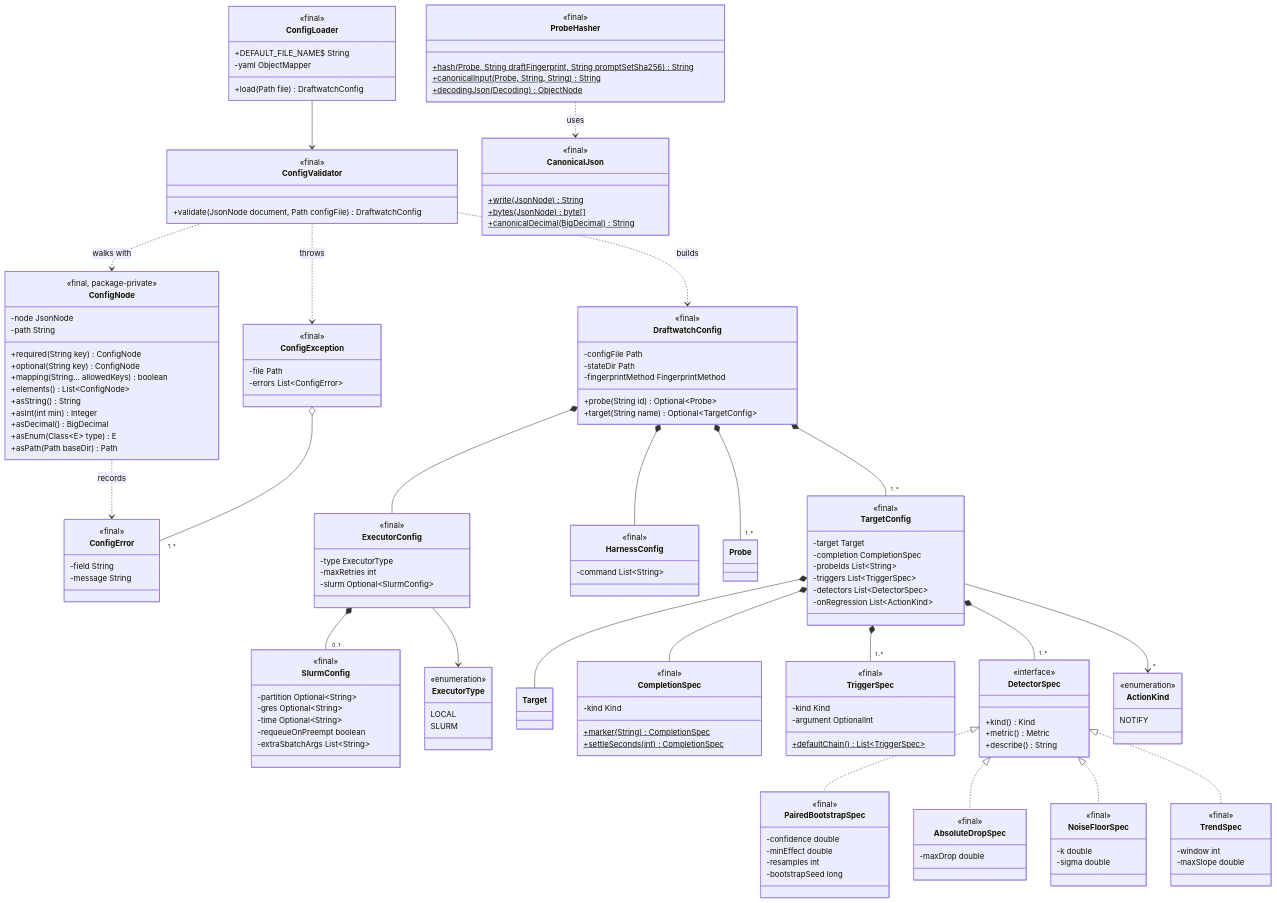
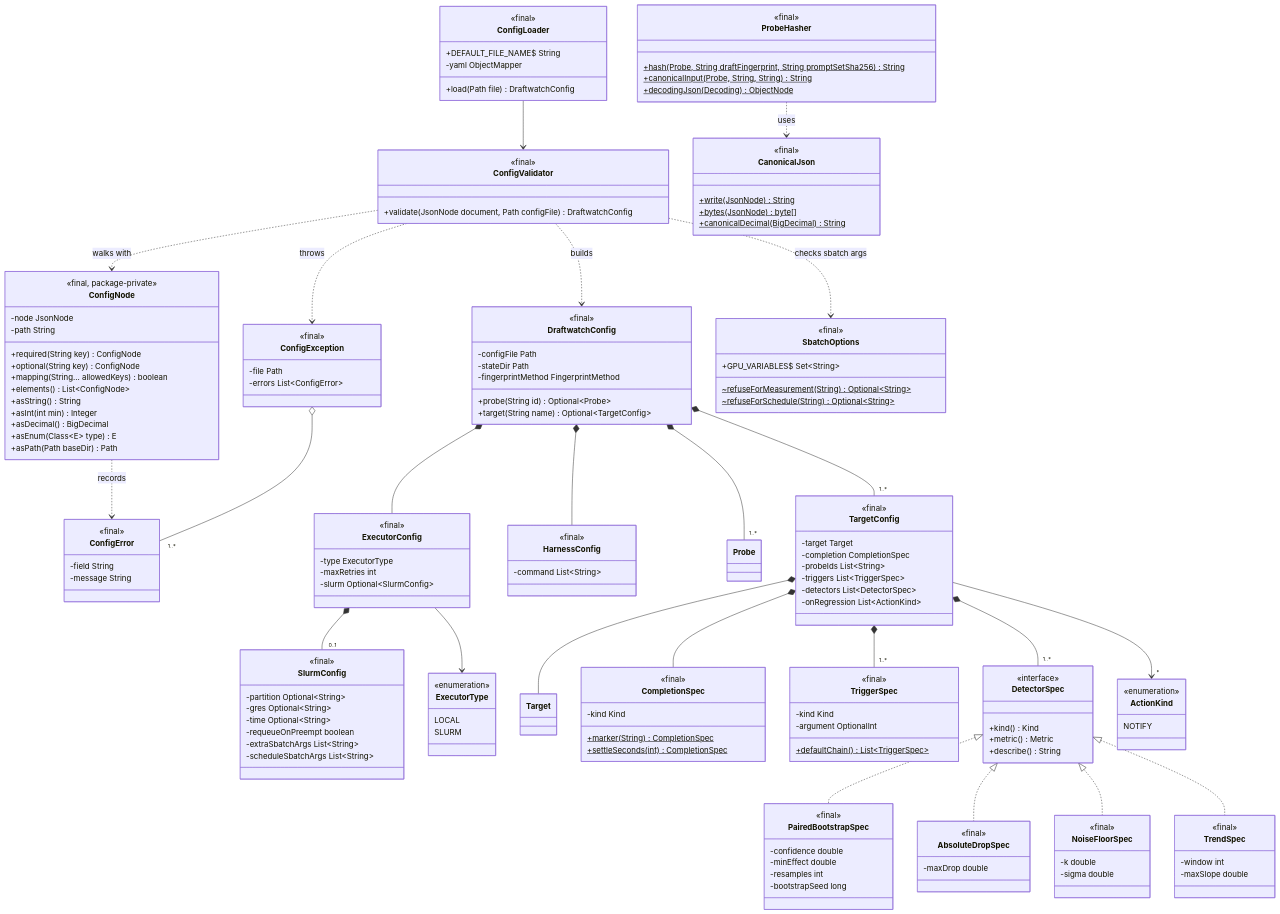
The second of 14 diagrams in docs/uml/class-diagram.md (ritikmahy5/draftwatch), drawn with Mermaid before and after one commit. The commit also changed other lines of this file and 3 other files, not shown here.

Commit message:
docs: update architecture, spec, UML, and README for the Slurm executor

```diff
--- a/docs/uml/class-diagram.md
+++ b/docs/uml/class-diagram.md
@@ -207,6 +224,13 @@
     -time Optional~String~
     -requeueOnPreempt boolean
     -extraSbatchArgs List~String~
+    -scheduleSbatchArgs List~String~
+  }
+  class SbatchOptions {
+    <<final>>
+    +GPU_VARIABLES$ Set~String~
+    ~refuseForMeasurement(String)$ Optional~String~
+    ~refuseForSchedule(String)$ Optional~String~
   }
   class HarnessConfig {
     <<final>>
@@ -293,6 +317,7 @@
   DraftwatchConfig *-- "1..*" Probe
   DraftwatchConfig *-- "1..*" TargetConfig
   ExecutorConfig *-- "0..1" SlurmConfig
+  ConfigValidator ..> SbatchOptions : checks sbatch args
   ExecutorConfig --> ExecutorType
   TargetConfig *-- Target
   TargetConfig *-- CompletionSpec
```
